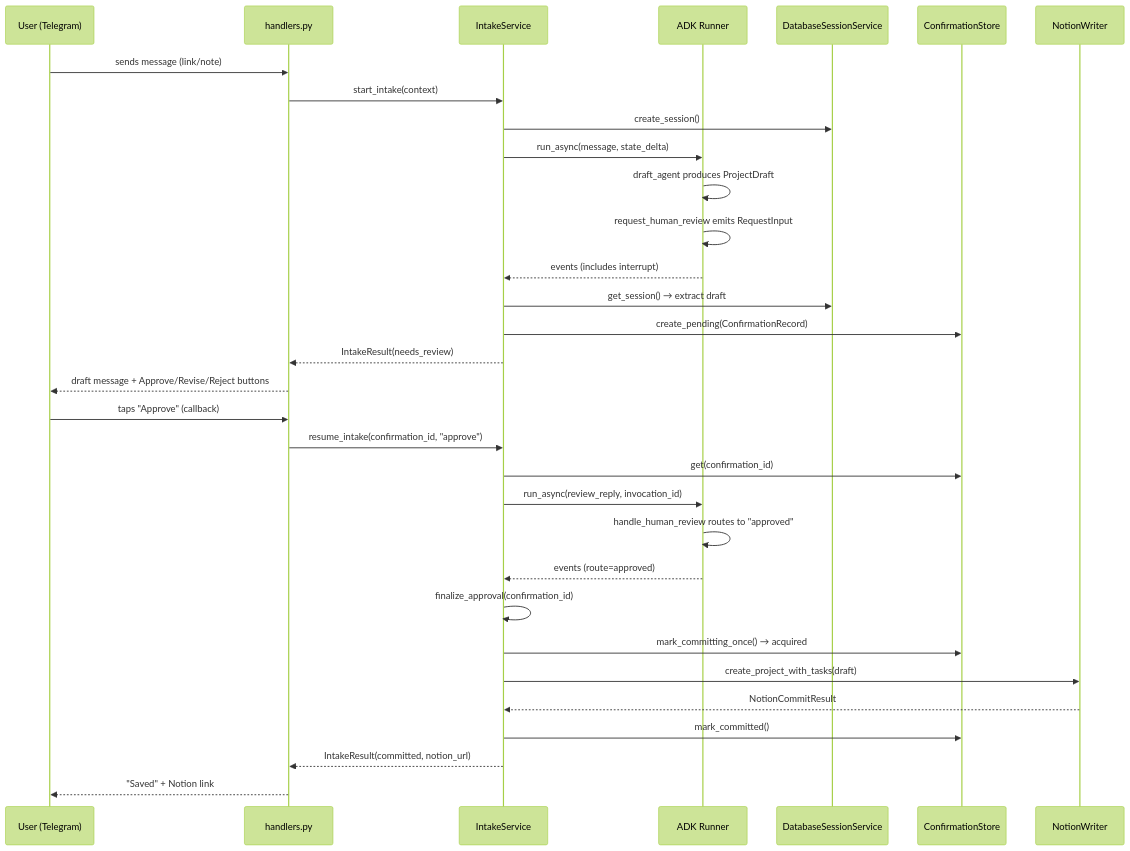
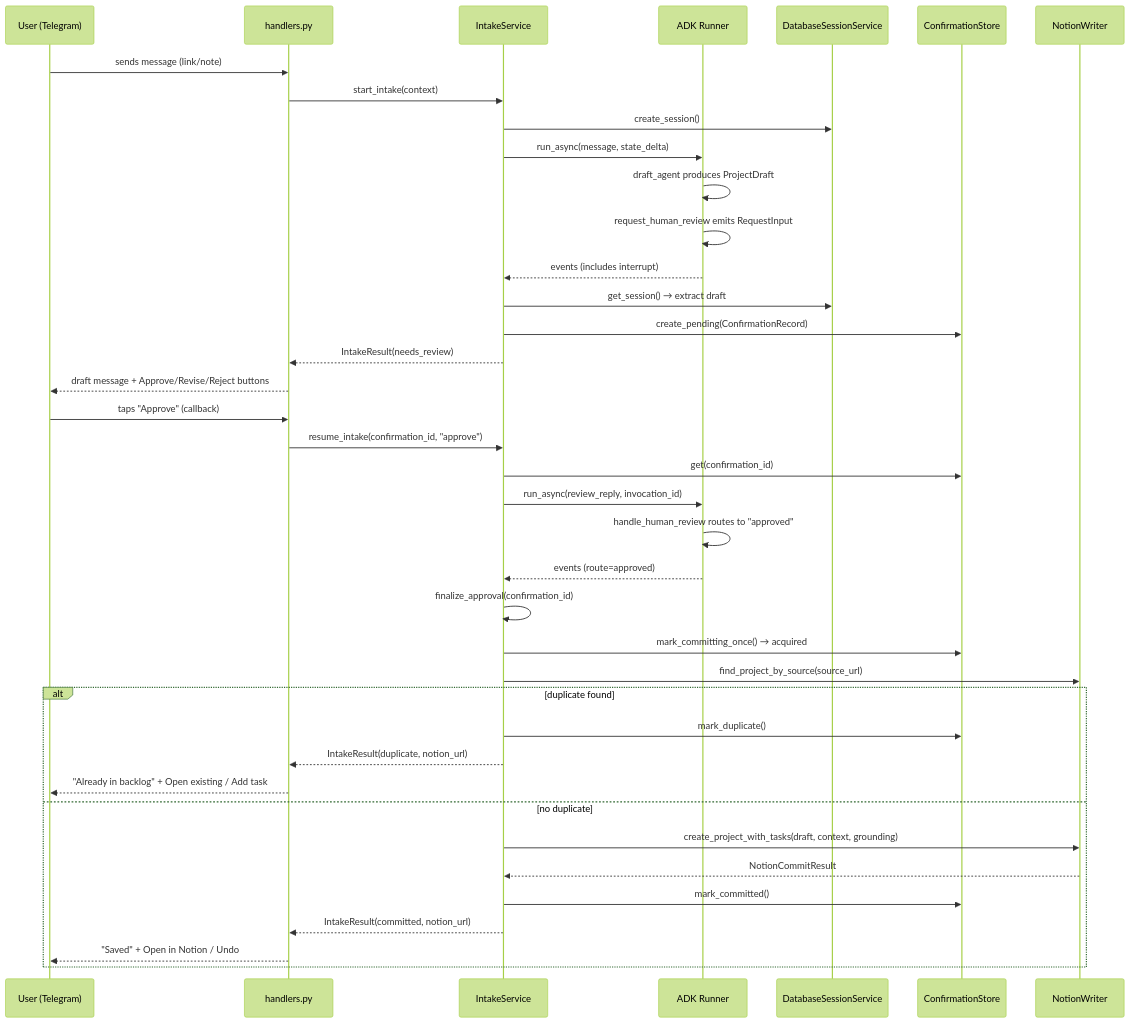
The second of 3 diagrams in openwiki/workflows/intake-flow.md (iamtokarev/backlog-tamer), drawn with Mermaid (forest theme) before and after one commit. The commit also changed other lines of this file and 6 other files, not shown here.

````diff
--- a/openwiki/workflows/intake-flow.md
+++ b/openwiki/workflows/intake-flow.md
@@ -61,36 +62,43 @@
 ```mermaid
 sequenceDiagram
     participant U as User (Telegram)
     participant H as handlers.py
     participant IS as IntakeService
     participant R as ADK Runner
     participant SS as DatabaseSessionService
     participant CS as ConfirmationStore
     participant NW as NotionWriter
 
     U->>H: sends message (link/note)
     H->>IS: start_intake(context)
     IS->>SS: create_session()
     IS->>R: run_async(message, state_delta)
     R->>R: draft_agent produces ProjectDraft
     R->>R: request_human_review emits RequestInput
     R-->>IS: events (includes interrupt)
     IS->>SS: get_session() → extract draft
     IS->>CS: create_pending(ConfirmationRecord)
     IS-->>H: IntakeResult(needs_review)
     H-->>U: draft message + Approve/Revise/Reject buttons
 
     U->>H: taps "Approve" (callback)
     H->>IS: resume_intake(confirmation_id, "approve")
     IS->>CS: get(confirmation_id)
     IS->>R: run_async(review_reply, invocation_id)
     R->>R: handle_human_review routes to "approved"
     R-->>IS: events (route=approved)
     IS->>IS: finalize_approval(confirmation_id)
     IS->>CS: mark_committing_once() → acquired
-    IS->>NW: create_project_with_tasks(draft)
-    NW-->>IS: NotionCommitResult
-    IS->>CS: mark_committed()
-    IS-->>H: IntakeResult(committed, notion_url)
-    H-->>U: "Saved" + Notion link
+    IS->>NW: find_project_by_source(source_url)
+    alt duplicate found
+        IS->>CS: mark_duplicate()
+        IS-->>H: IntakeResult(duplicate, notion_url)
+        H-->>U: "Already in backlog" + Open existing / Add task
+    else no duplicate
+        IS->>NW: create_project_with_tasks(draft, context, grounding)
+        NW-->>IS: NotionCommitResult
+        IS->>CS: mark_committed()
+        IS-->>H: IntakeResult(committed, notion_url)
+        H-->>U: "Saved" + Open in Notion / Undo
+    end
 ```
````
